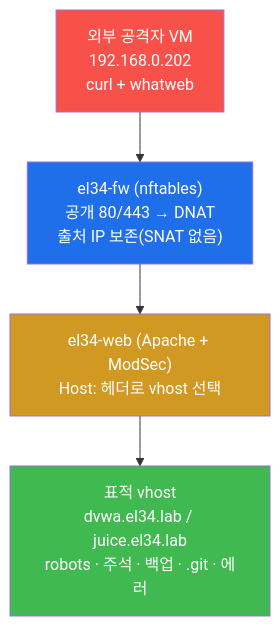
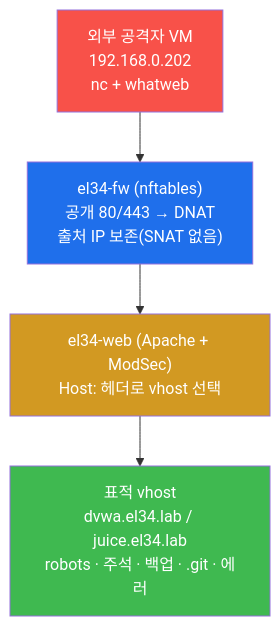
One commit to mrgrit/tw2 changed the fourth of 7 diagrams in contents/training/web-vuln/lecture_week03.md. Above: the diagram before and after it, drawn with Mermaid. The commit also changed other lines of this file and 99 other files, not shown here.

````diff
--- a/contents/training/web-vuln/lecture_week03.md
+++ b/contents/training/web-vuln/lecture_week03.md
@@ -198,12 +198,12 @@
 ```mermaid
 graph TD
-    ATK["외부 공격자 VM<br/>192.168.0.202<br/>curl + whatweb"]
+    ATK["외부 공격자 VM<br/>192.168.0.202<br/>nc + whatweb"]
     FW["el34-fw (nftables)<br/>공개 80/443 → DNAT<br/>출처 IP 보존(SNAT 없음)"]
     WEB["el34-web (Apache + ModSec)<br/>Host: 헤더로 vhost 선택"]
     TARGET["표적 vhost<br/>dvwa.el34.lab / juice.el34.lab<br/>robots · 주석 · 백업 · .git · 에러"]
     ATK --> FW --> WEB --> TARGET
     style ATK fill:#f85149,color:#fff
     style FW fill:#1f6feb,color:#fff
     style WEB fill:#d29922,color:#fff
     style TARGET fill:#3fb950,color:#fff
 ```
````
